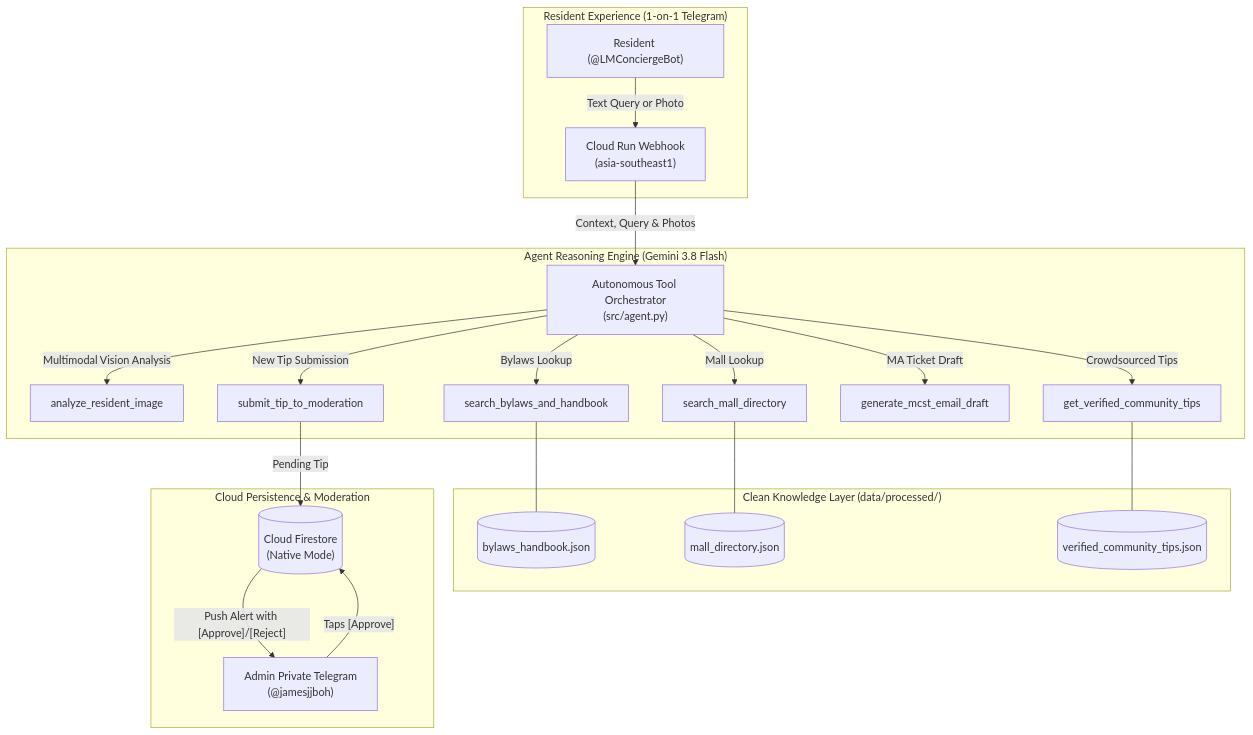
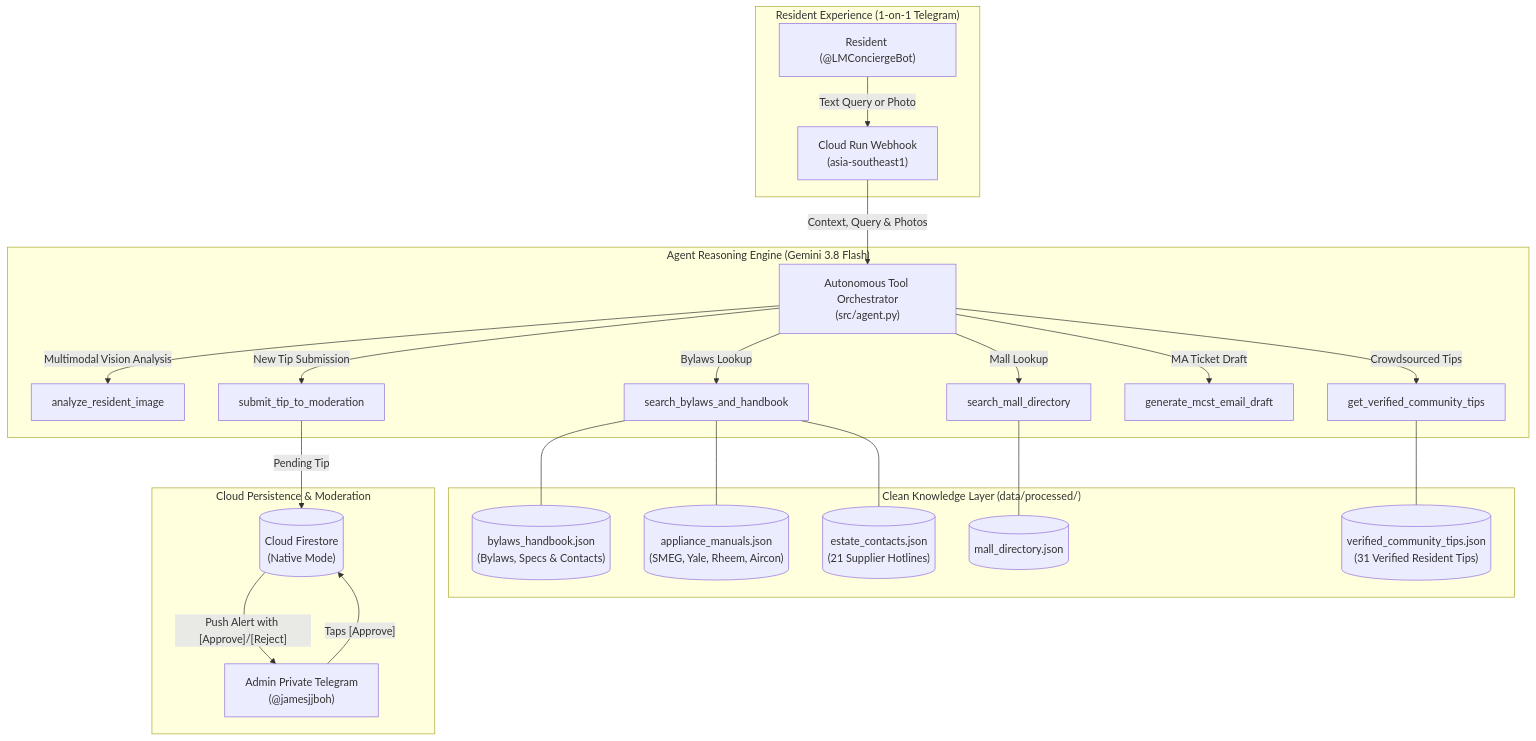
Before and after one commit to Jamesjjboh/Lentor-Modern-Concierge: the diagram in README.md, drawn with Mermaid. The commit also changed other lines of this file and 7 other files, not shown here.

````diff
--- a/README.md
+++ b/README.md
@@ -28,28 +28,30 @@
 ```mermaid
 flowchart TD
     subgraph ResidentExperience["Resident Experience (1-on-1 Telegram)"]
         User["Resident (@LMConciergeBot)"] -->|"Text Query or Photo"| Webhook["Cloud Run Webhook<br/>(asia-southeast1)"]
     end
 
     subgraph AgentCore["Agent Reasoning Engine (Gemini 3.8 Flash)"]
         Webhook -->|"Context, Query & Photos"| Agent["Autonomous Tool Orchestrator<br/>(src/agent.py)"]
         Agent -->|"Multimodal Vision Analysis"| Vision["analyze_resident_image"]
         Agent -->|"Bylaws Lookup"| Tool1["search_bylaws_and_handbook"]
         Agent -->|"Mall Lookup"| Tool2["search_mall_directory"]
         Agent -->|"Crowdsourced Tips"| Tool3["get_verified_community_tips"]
         Agent -->|"MA Ticket Draft"| Tool4["generate_mcst_email_draft"]
         Agent -->|"New Tip Submission"| Tool5["submit_tip_to_moderation"]
     end
 
     subgraph KnowledgeData["Clean Knowledge Layer (data/processed/)"]
-        Tool1 --- K1[("bylaws_handbook.json")]
+        Tool1 --- K1[("bylaws_handbook.json<br/>(Bylaws, Specs & Contacts)")]
+        Tool1 --- K4[("appliance_manuals.json<br/>(SMEG, Yale, Rheem, Aircon)")]
+        Tool1 --- K5[("estate_contacts.json<br/>(21 Supplier Hotlines)")]
         Tool2 --- K2[("mall_directory.json")]
-        Tool3 --- K3[("verified_community_tips.json")]
+        Tool3 --- K3[("verified_community_tips.json<br/>(31 Verified Resident Tips)")]
     end
 
     subgraph DatabaseLayer["Cloud Persistence & Moderation"]
         Tool5 -->|"Pending Tip"| Firestore[("Cloud Firestore<br/>(Native Mode)")]
         Firestore -->|"Push Alert with [Approve]/[Reject]"| Admin["Admin Private Telegram<br/>(@jamesjjboh)"]
         Admin -->|"Taps [Approve]"| Firestore
     end
 ```
````
